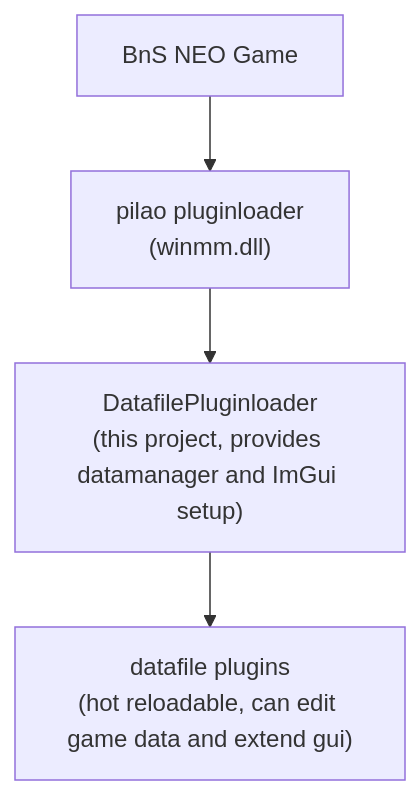
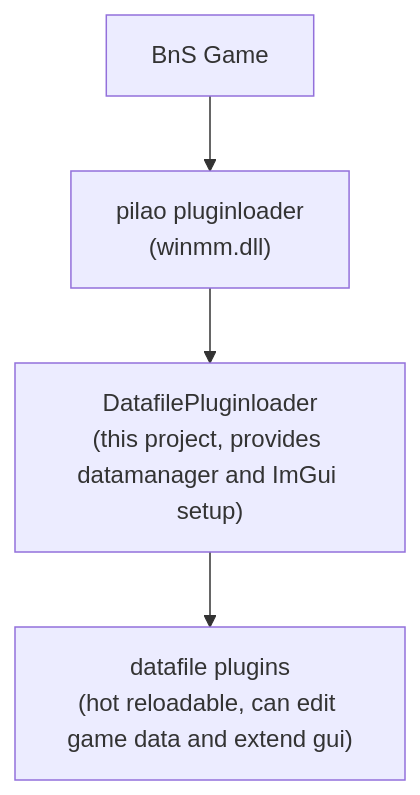
The diagram in README.md (leanleon93/BnsPlugin_DatafilePluginloader), drawn with Mermaid before and after one commit. The commit also changed other lines of this file, not shown here.

Commit message:
remove specific neo mentions in readme as it supports both

````diff
--- a/README.md
+++ b/README.md
@@ -19,6 +19,6 @@
 ```mermaid
 graph TD
-    D["BnS NEO Game"] --> C["pilao pluginloader<br />(winmm.dll)"]
+    D["BnS Game"] --> C["pilao pluginloader<br />(winmm.dll)"]
     C --> B["DatafilePluginloader<br />(this project, provides datamanager and ImGui setup)"]
     B --> A["datafile plugins<br />(hot reloadable, can edit game data and extend gui)"]
 ```
````
